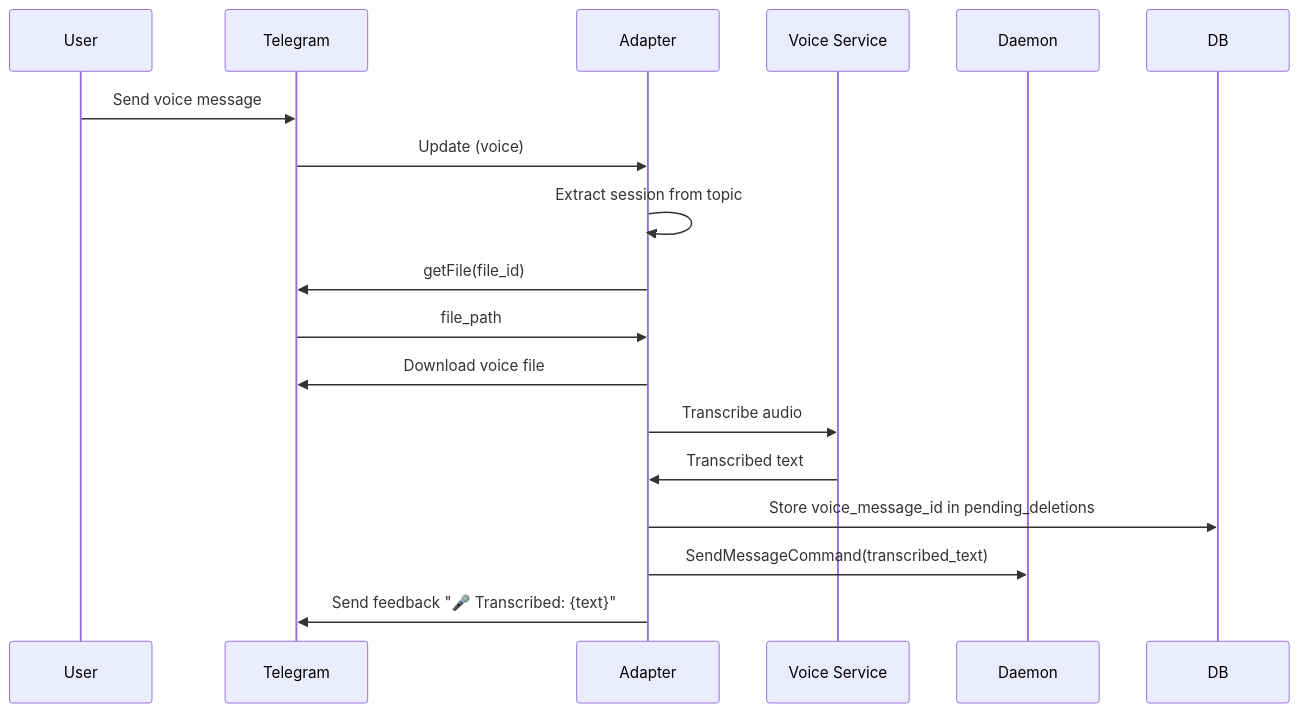
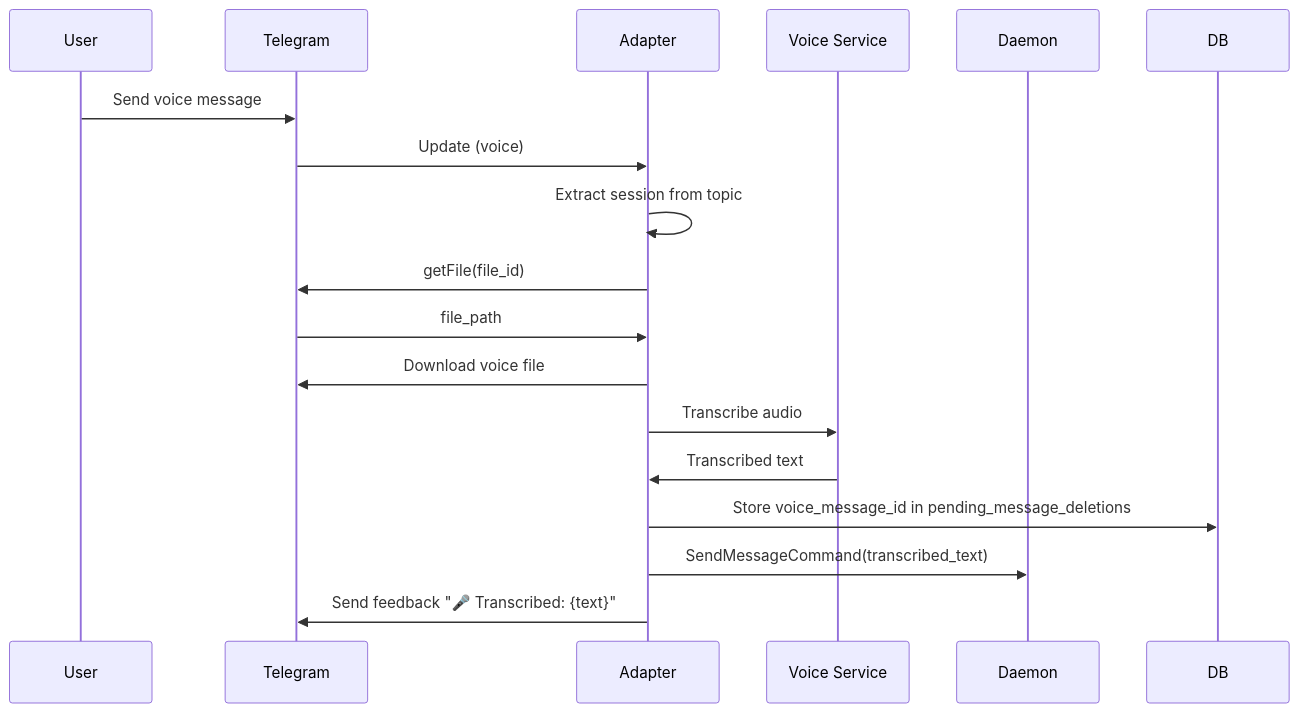
The fifth of 6 diagrams in docs/project/design/architecture/telegram-adapter.md (InstruktAI/TeleClaude), drawn with Mermaid before and after one commit. The commit also changed other lines of this file and 80 other files, not shown here.

````diff
--- a/docs/project/design/architecture/telegram-adapter.md
+++ b/docs/project/design/architecture/telegram-adapter.md
@@ -166,20 +166,20 @@
 ```mermaid
 sequenceDiagram
     participant User
     participant TG as Telegram
     participant Adapter
     participant TTS as Voice Service
     participant Daemon
 
     User->>TG: Send voice message
     TG->>Adapter: Update (voice)
     Adapter->>Adapter: Extract session from topic
     Adapter->>TG: getFile(file_id)
     TG->>Adapter: file_path
     Adapter->>TG: Download voice file
     Adapter->>TTS: Transcribe audio
     TTS->>Adapter: Transcribed text
-    Adapter->>DB: Store voice_message_id in pending_deletions
+    Adapter->>DB: Store voice_message_id in pending_message_deletions
     Adapter->>Daemon: SendMessageCommand(transcribed_text)
     Adapter->>TG: Send feedback "🎤 Transcribed: {text}"
 ```
````
